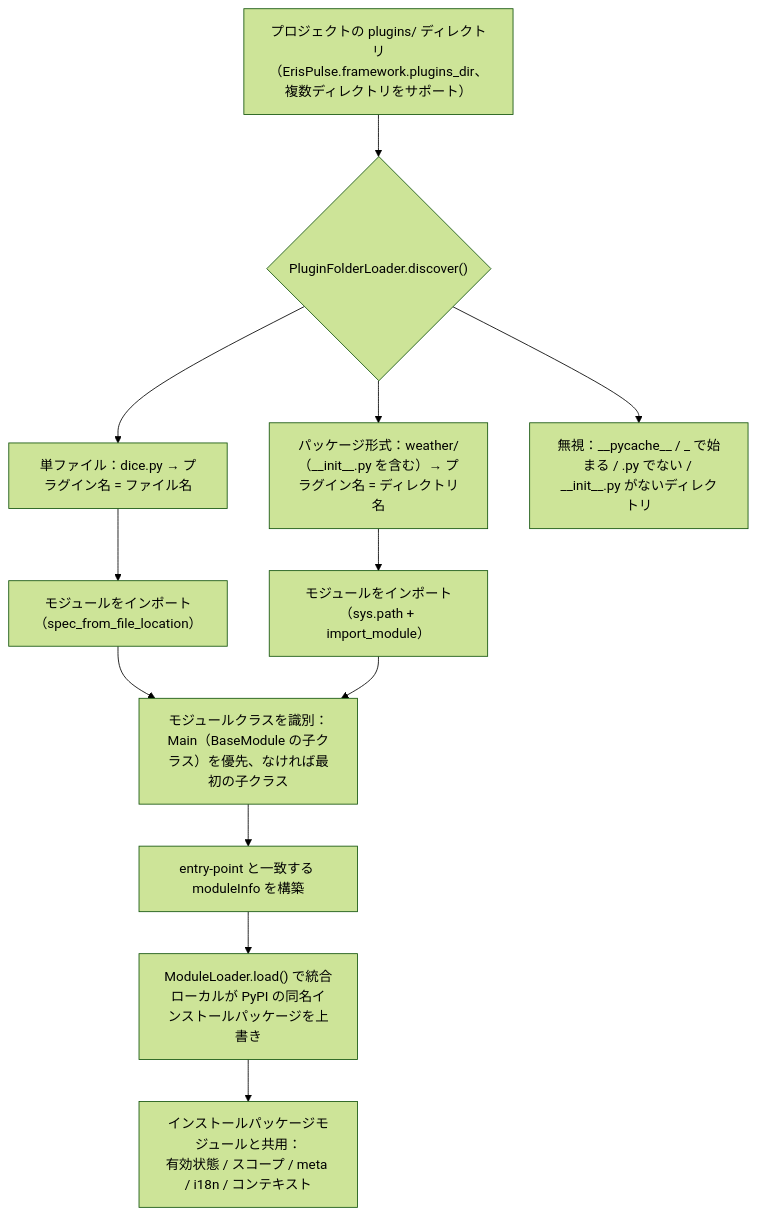
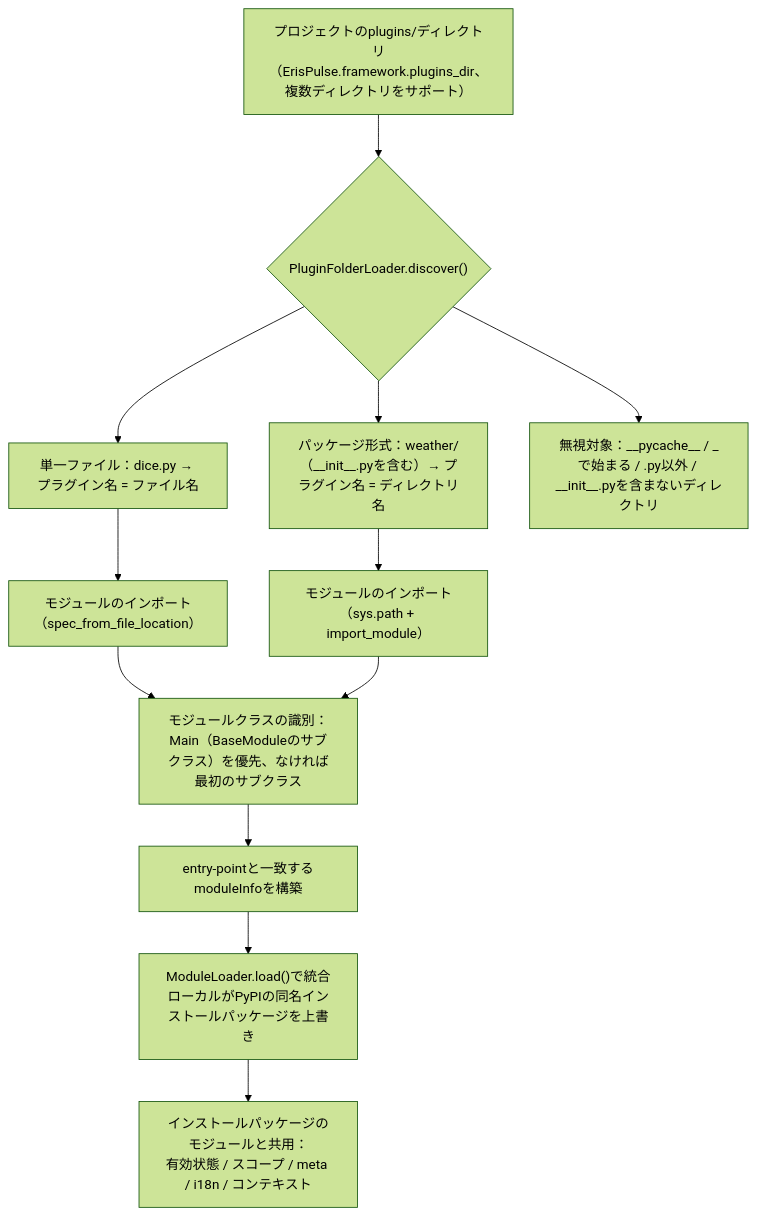
One commit to ErisPulse/ErisPulse changed the eighth of 9 diagrams in docs/ja/architecture.md. Above: the diagram before and after it, drawn with Mermaid (forest theme). The commit also changed other lines of this file and 79 other files, not shown here.

````diff
--- a/docs/ja/architecture.md
+++ b/docs/ja/architecture.md
@@ -258,14 +258,14 @@
 ```mermaid
 flowchart TD
-    A["プロジェクトの plugins/ ディレクトリ<br/>（ErisPulse.framework.plugins_dir、複数ディレクトリをサポート）"] --> B{"PluginFolderLoader.discover()"}
-    B --> C["単ファイル：dice.py → プラグイン名 = ファイル名"]
-    B --> D["パッケージ形式：weather/（__init__.py を含む）→ プラグイン名 = ディレクトリ名"]
-    B --> E["無視：__pycache__ / _ で始まる / .py でない / __init__.py がないディレクトリ"]
-    C --> F["モジュールをインポート（spec_from_file_location）"]
-    D --> G["モジュールをインポート（sys.path + import_module）"]
-    F --> H["モジュールクラスを識別：Main（BaseModule の子クラス）を優先、なければ最初の子クラス"]
+    A["プロジェクトのplugins/ディレクトリ<br/>（ErisPulse.framework.plugins_dir、複数ディレクトリをサポート）"] --> B{"PluginFolderLoader.discover()"}
+    B --> C["単一ファイル：dice.py → プラグイン名 = ファイル名"]
+    B --> D["パッケージ形式：weather/（__init__.pyを含む）→ プラグイン名 = ディレクトリ名"]
+    B --> E["無視対象：__pycache__ / _で始まる / .py以外 / __init__.pyを含まないディレクトリ"]
+    C --> F["モジュールのインポート（spec_from_file_location）"]
+    D --> G["モジュールのインポート（sys.path + import_module）"]
+    F --> H["モジュールクラスの識別：Main（BaseModuleのサブクラス）を優先、なければ最初のサブクラス"]
     G --> H
-    H --> I["entry-point と一致する moduleInfo を構築"]
-    I --> J["ModuleLoader.load() で統合<br/>ローカルが PyPI の同名インストールパッケージを上書き"]
-    J --> K["インストールパッケージモジュールと共用：<br/>有効状態 / スコープ / meta / i18n / コンテキスト"]
+    H --> I["entry-pointと一致するmoduleInfoを構築"]
+    I --> J["ModuleLoader.load()で統合<br/>ローカルがPyPIの同名インストールパッケージを上書き"]
+    J --> K["インストールパッケージのモジュールと共用：<br/>有効状態 / スコープ / meta / i18n / コンテキスト"]
 ```
````
